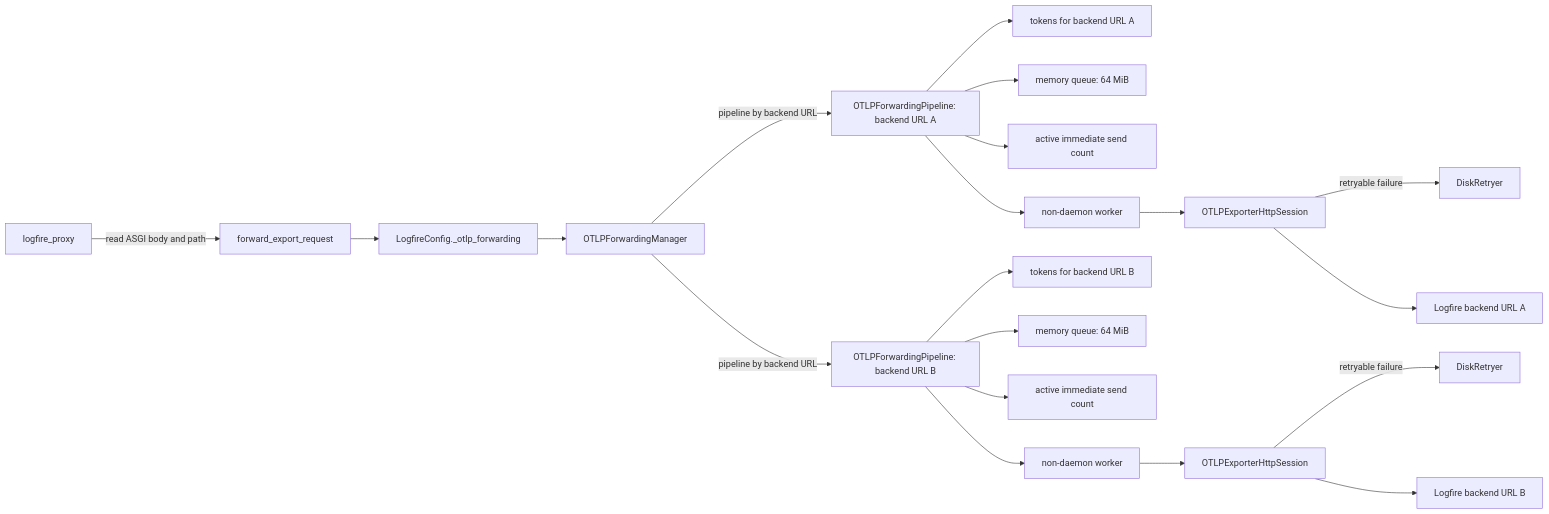
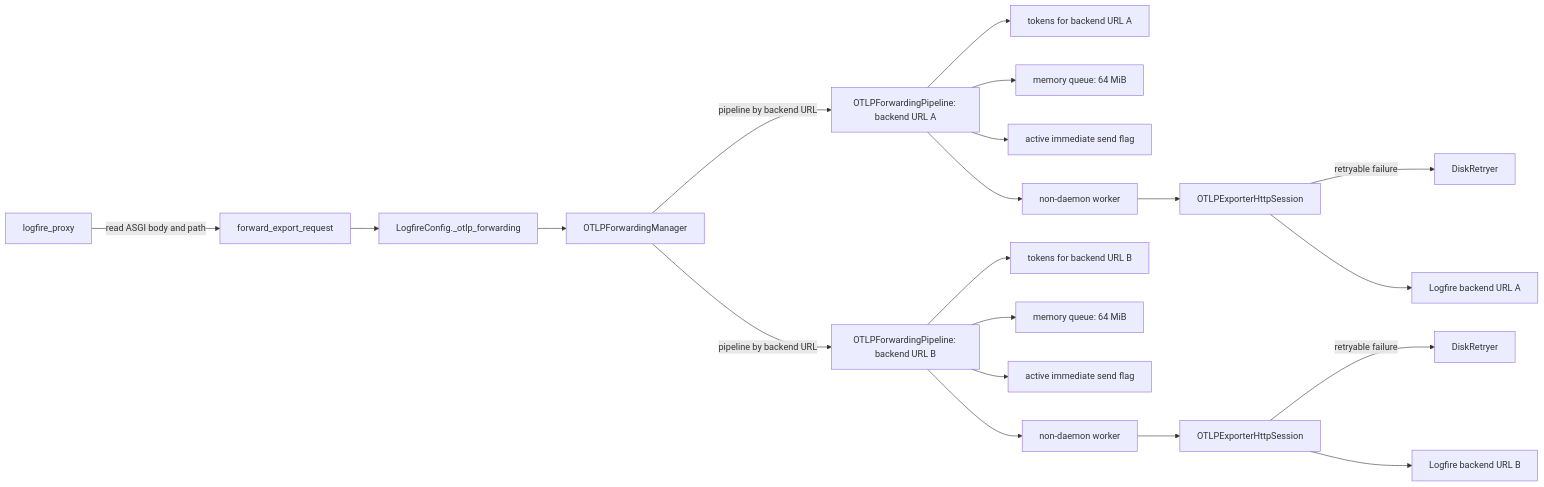
One commit to pydantic/logfire changed the first of 5 diagrams in specs/browser-telemetry-forwarding-first-pass/diagrams.md. Above: the diagram before and after it, drawn with Mermaid. The commit also changed other lines of this file and 3 other files, not shown here.

````diff
--- a/specs/browser-telemetry-forwarding-first-pass/diagrams.md
+++ b/specs/browser-telemetry-forwarding-first-pass/diagrams.md
@@ -8,22 +8,22 @@
 ```mermaid
 flowchart LR
     Proxy["logfire_proxy"] -->|"read ASGI body and path"| Helper["forward_export_request"]
     Helper --> Config["LogfireConfig._otlp_forwarding"]
     Config --> Manager["OTLPForwardingManager"]
     Manager -->|"pipeline by backend URL"| PipelineA["OTLPForwardingPipeline: backend URL A"]
     Manager -->|"pipeline by backend URL"| PipelineB["OTLPForwardingPipeline: backend URL B"]
     PipelineA --> TokensA["tokens for backend URL A"]
     PipelineB --> TokensB["tokens for backend URL B"]
     PipelineA --> QueueA["memory queue: 64 MiB"]
     PipelineB --> QueueB["memory queue: 64 MiB"]
-    PipelineA --> ActiveA["active immediate send count"]
-    PipelineB --> ActiveB["active immediate send count"]
+    PipelineA --> ActiveA["active immediate send flag"]
+    PipelineB --> ActiveB["active immediate send flag"]
     PipelineA --> WorkerA["non-daemon worker"]
     PipelineB --> WorkerB["non-daemon worker"]
     WorkerA --> SessionA["OTLPExporterHttpSession"]
     WorkerB --> SessionB["OTLPExporterHttpSession"]
     SessionA -->|"retryable failure"| RetryA["DiskRetryer"]
     SessionB -->|"retryable failure"| RetryB["DiskRetryer"]
     SessionA --> LogfireA["Logfire backend URL A"]
     SessionB --> LogfireB["Logfire backend URL B"]
 ```
````
